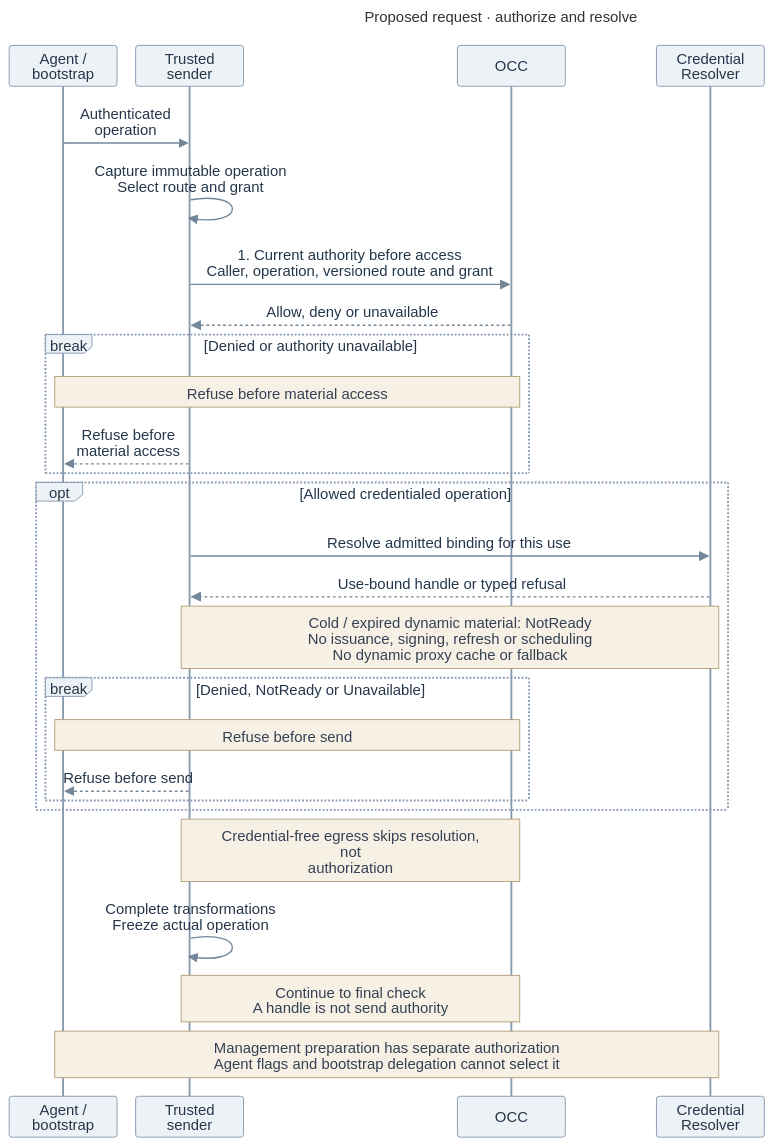
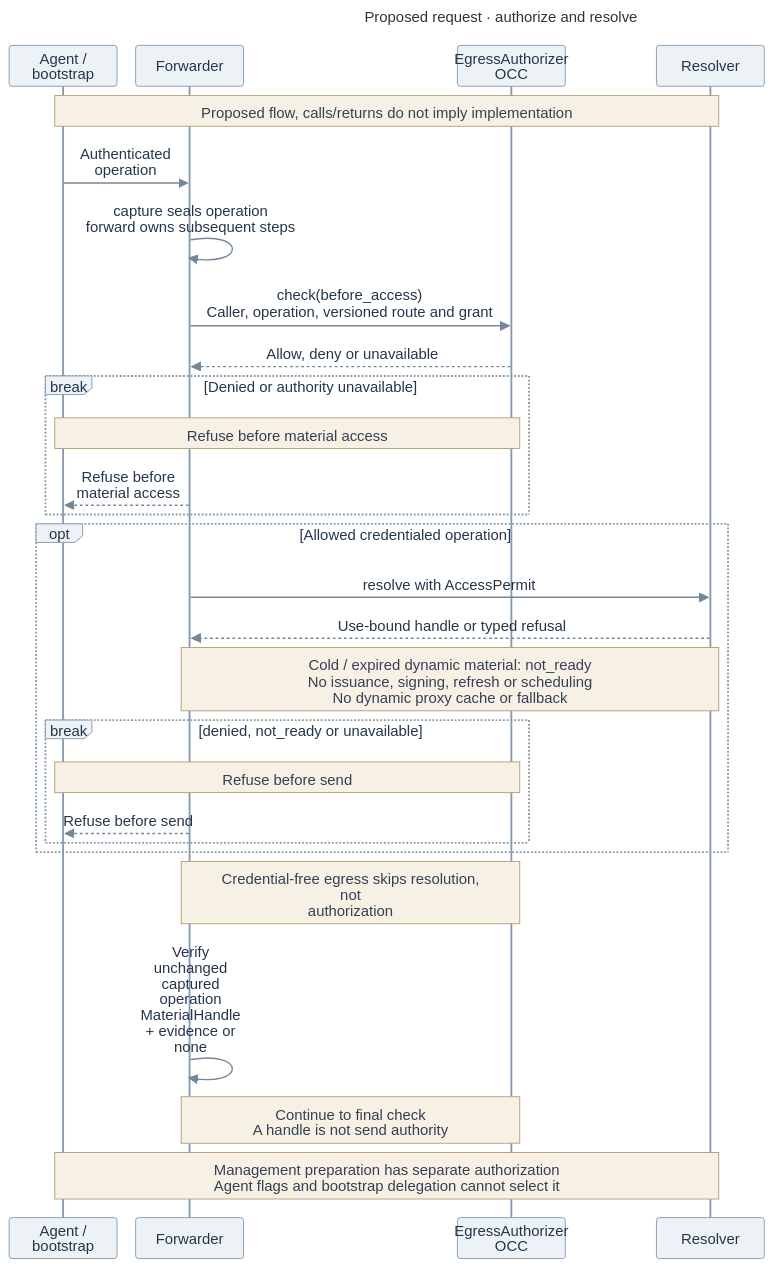
Before and after one commit to freeqaz-openai/openclaw-enterprise: the diagram in specs/rfcs/0019-egress-proxy-credential-lifecycle/assets/request-caching.mmd, drawn with Mermaid. The commit also changed 22 other files, not shown here.

Commit message:
docs(rfc): define replacement egress and credential interfaces

```diff
--- a/specs/rfcs/0019-egress-proxy-credential-lifecycle/assets/request-caching.mmd
+++ b/specs/rfcs/0019-egress-proxy-credential-lifecycle/assets/request-caching.mmd
@@ -1,53 +1,55 @@
 ---
 title: "Proposed request · authorize and resolve"
 config:
   theme: base
+  htmlLabels: true
   themeVariables:
     fontFamily: "Arial, sans-serif"
     fontSize: "16px"
     actorBkg: "#EDF2F7"
     actorBorder: "#879AB0"
     actorTextColor: "#25364A"
     noteBkgColor: "#F7F1E5"
     noteBorderColor: "#B3A078"
     noteTextColor: "#344054"
     signalColor: "#748798"
     signalTextColor: "#25364A"
   sequence:
     useMaxWidth: false
     actorMargin: 18
     width: 116
     height: 44
     diagramMarginX: 12
     diagramMarginY: 12
     messageMargin: 16
     noteMargin: 8
     mirrorActors: true
     wrap: true
 ---
 sequenceDiagram
   participant A as Agent /<br/>bootstrap
-  participant S as Trusted sender
-  participant C as OCC
-  participant R as Credential<br/>Resolver
+  participant S as Forwarder
+  participant C as EgressAuthorizer<br/>OCC
+  participant R as Resolver
+  Note over A,R: Proposed flow, calls/returns do not imply implementation
   A->>S: Authenticated operation
-  S->>S: Capture immutable operation<br/>Select route and grant
-  S->>C: 1. Current authority before access<br/>Caller, operation, versioned route and grant
+  S->>S: capture seals operation<br/>forward owns subsequent steps
+  S->>C: check(before_access)<br/>Caller, operation, versioned route and grant
   C-->>S: Allow, deny or unavailable
   break Denied or authority unavailable
     Note over A,C: Refuse before material access
     S-->>A: Refuse before material access
   end
   opt Allowed credentialed operation
-    S->>R: Resolve admitted binding for this use
+    S->>R: resolve with AccessPermit
     R-->>S: Use-bound handle or typed refusal
-    Note over S,R: Cold / expired dynamic material: NotReady<br/>No issuance, signing, refresh or scheduling<br/>No dynamic proxy cache or fallback
-    break Denied, NotReady or Unavailable
+    Note over S,R: Cold / expired dynamic material: not_ready<br/>No issuance, signing, refresh or scheduling<br/>No dynamic proxy cache or fallback
+    break denied, not_ready or unavailable
       Note over A,C: Refuse before send
       S-->>A: Refuse before send
     end
   end
   Note over S,C: Credential-free egress skips resolution,<br/>not authorization
-  S->>S: Complete transformations<br/>Freeze actual operation
+  S->>S: Verify unchanged captured operation<br/>MaterialHandle + evidence or none
   Note over S,C: Continue to final check<br/>A handle is not send authority
   Note over A,R: Management preparation has separate authorization<br/>Agent flags and bootstrap delegation cannot select it
```
